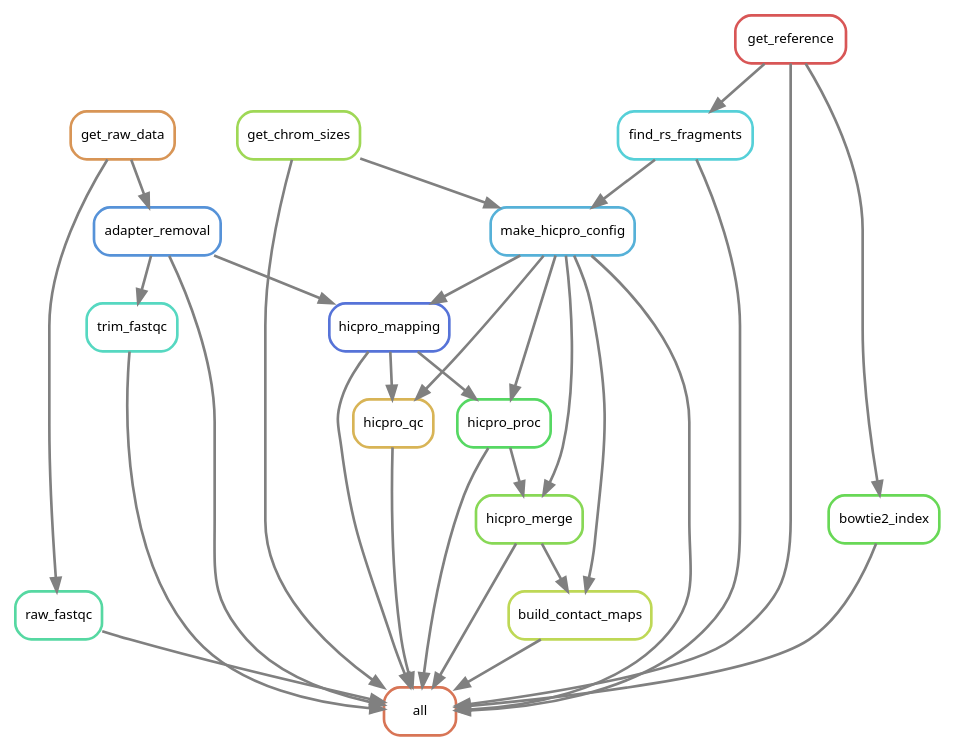
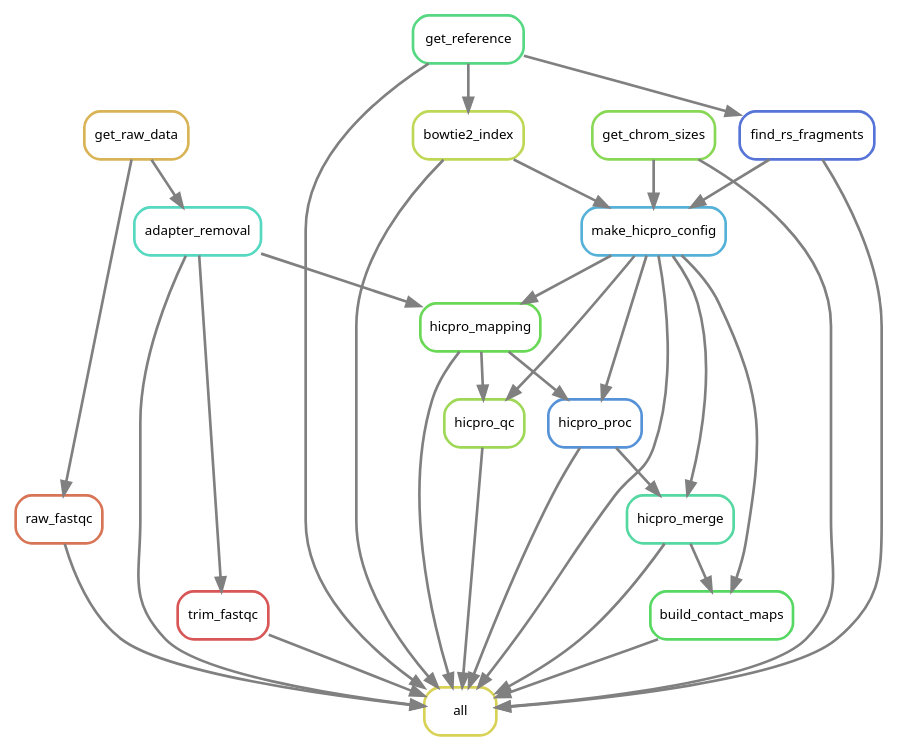
The diagram in output/rulegraph.dot (DRMCRL/ENCODE_T47D_HiC_ENCSR549MGQ), drawn with Graphviz before and after one commit. The commit also changed 1 other file, not shown here.

```diff
--- a/output/rulegraph.dot
+++ b/output/rulegraph.dot
@@ -1,50 +1,51 @@
 digraph snakemake_dag {
     graph[bgcolor=white, margin=0];
     node[shape=box, style=rounded, fontname=sans,                 fontsize=10, penwidth=2];
     edge[penwidth=2, color=grey];
-	0[label = "all", color = "0.04 0.6 0.85", style="rounded"];
-	1[label = "get_chrom_sizes", color = "0.24 0.6 0.85", style="rounded"];
-	2[label = "raw_fastqc", color = "0.43 0.6 0.85", style="rounded"];
-	3[label = "build_contact_maps", color = "0.20 0.6 0.85", style="rounded"];
-	4[label = "hicpro_mapping", color = "0.63 0.6 0.85", style="rounded"];
-	5[label = "trim_fastqc", color = "0.47 0.6 0.85", style="rounded"];
-	6[label = "adapter_removal", color = "0.59 0.6 0.85", style="rounded"];
-	7[label = "hicpro_proc", color = "0.35 0.6 0.85", style="rounded"];
-	8[label = "bowtie2_index", color = "0.31 0.6 0.85", style="rounded"];
-	9[label = "get_reference", color = "0.00 0.6 0.85", style="rounded"];
-	10[label = "find_rs_fragments", color = "0.51 0.6 0.85", style="rounded"];
-	11[label = "hicpro_qc", color = "0.12 0.6 0.85", style="rounded"];
-	12[label = "hicpro_merge", color = "0.27 0.6 0.85", style="rounded"];
-	13[label = "make_hicpro_config", color = "0.55 0.6 0.85", style="rounded"];
-	14[label = "get_raw_data", color = "0.08 0.6 0.85", style="rounded"];
+	0[label = "all", color = "0.16 0.6 0.85", style="rounded"];
+	1[label = "build_contact_maps", color = "0.35 0.6 0.85", style="rounded"];
+	2[label = "bowtie2_index", color = "0.20 0.6 0.85", style="rounded"];
+	3[label = "raw_fastqc", color = "0.04 0.6 0.85", style="rounded"];
+	4[label = "find_rs_fragments", color = "0.63 0.6 0.85", style="rounded"];
+	5[label = "trim_fastqc", color = "0.00 0.6 0.85", style="rounded"];
+	6[label = "adapter_removal", color = "0.47 0.6 0.85", style="rounded"];
+	7[label = "get_reference", color = "0.39 0.6 0.85", style="rounded"];
+	8[label = "hicpro_proc", color = "0.59 0.6 0.85", style="rounded"];
+	9[label = "hicpro_merge", color = "0.43 0.6 0.85", style="rounded"];
+	10[label = "hicpro_mapping", color = "0.31 0.6 0.85", style="rounded"];
+	11[label = "get_chrom_sizes", color = "0.27 0.6 0.85", style="rounded"];
+	12[label = "make_hicpro_config", color = "0.55 0.6 0.85", style="rounded"];
+	13[label = "hicpro_qc", color = "0.24 0.6 0.85", style="rounded"];
+	14[label = "get_raw_data", color = "0.12 0.6 0.85", style="rounded"];
+	5 -> 0
+	3 -> 0
+	13 -> 0
+	2 -> 0
+	11 -> 0
+	10 -> 0
+	1 -> 0
+	7 -> 0
 	9 -> 0
-	11 -> 0
-	3 -> 0
-	1 -> 0
+	6 -> 0
 	12 -> 0
 	8 -> 0
-	7 -> 0
-	5 -> 0
-	2 -> 0
-	10 -> 0
-	13 -> 0
-	6 -> 0
 	4 -> 0
-	14 -> 2
-	12 -> 3
-	13 -> 3
-	6 -> 4
-	13 -> 4
+	12 -> 1
+	9 -> 1
+	7 -> 2
+	14 -> 3
+	7 -> 4
 	6 -> 5
 	14 -> 6
-	13 -> 7
-	4 -> 7
-	9 -> 8
-	9 -> 10
-	13 -> 11
-	4 -> 11
-	7 -> 12
-	13 -> 12
-	1 -> 13
+	12 -> 8
+	10 -> 8
+	12 -> 9
+	8 -> 9
+	12 -> 10
+	6 -> 10
+	11 -> 12
+	4 -> 12
+	2 -> 12
+	12 -> 13
 	10 -> 13
 }            
```
